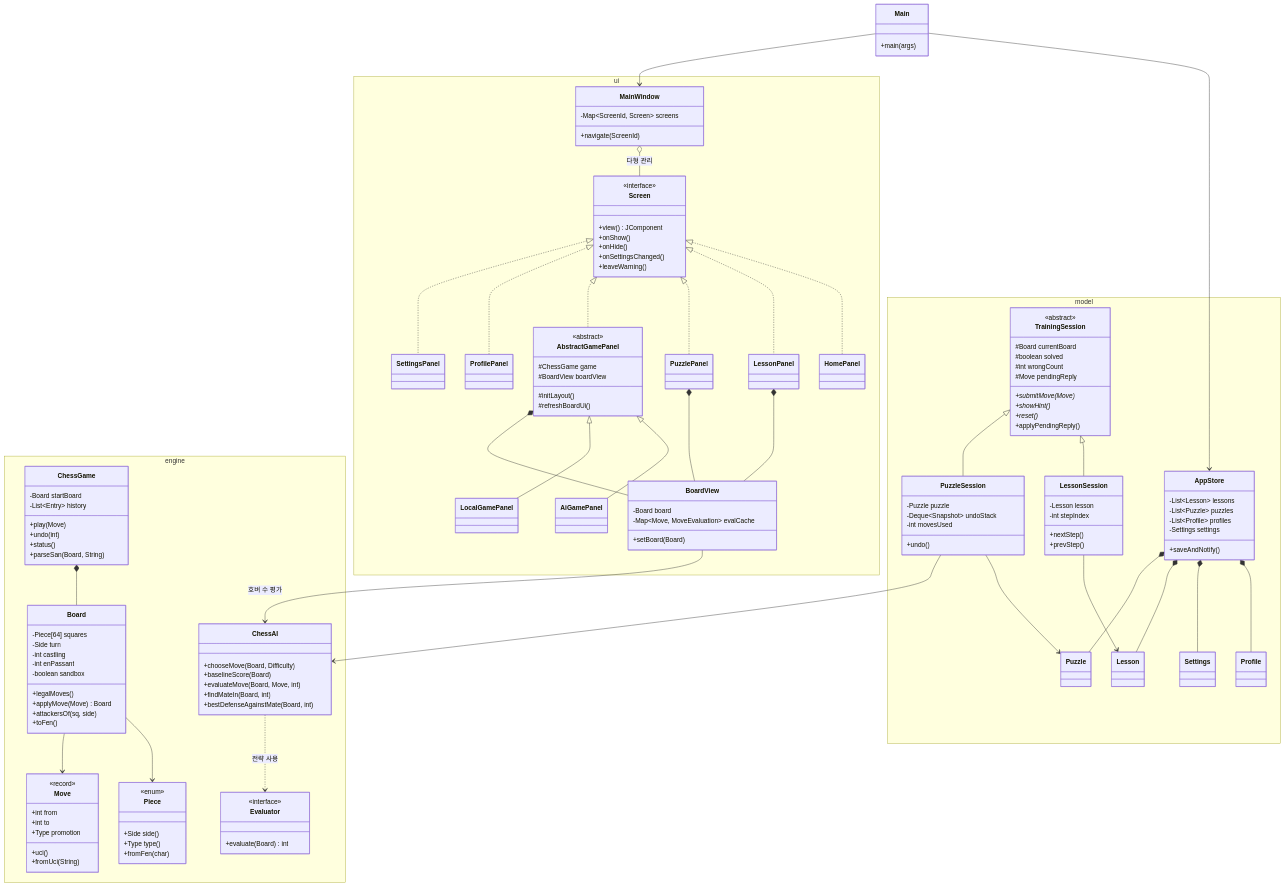
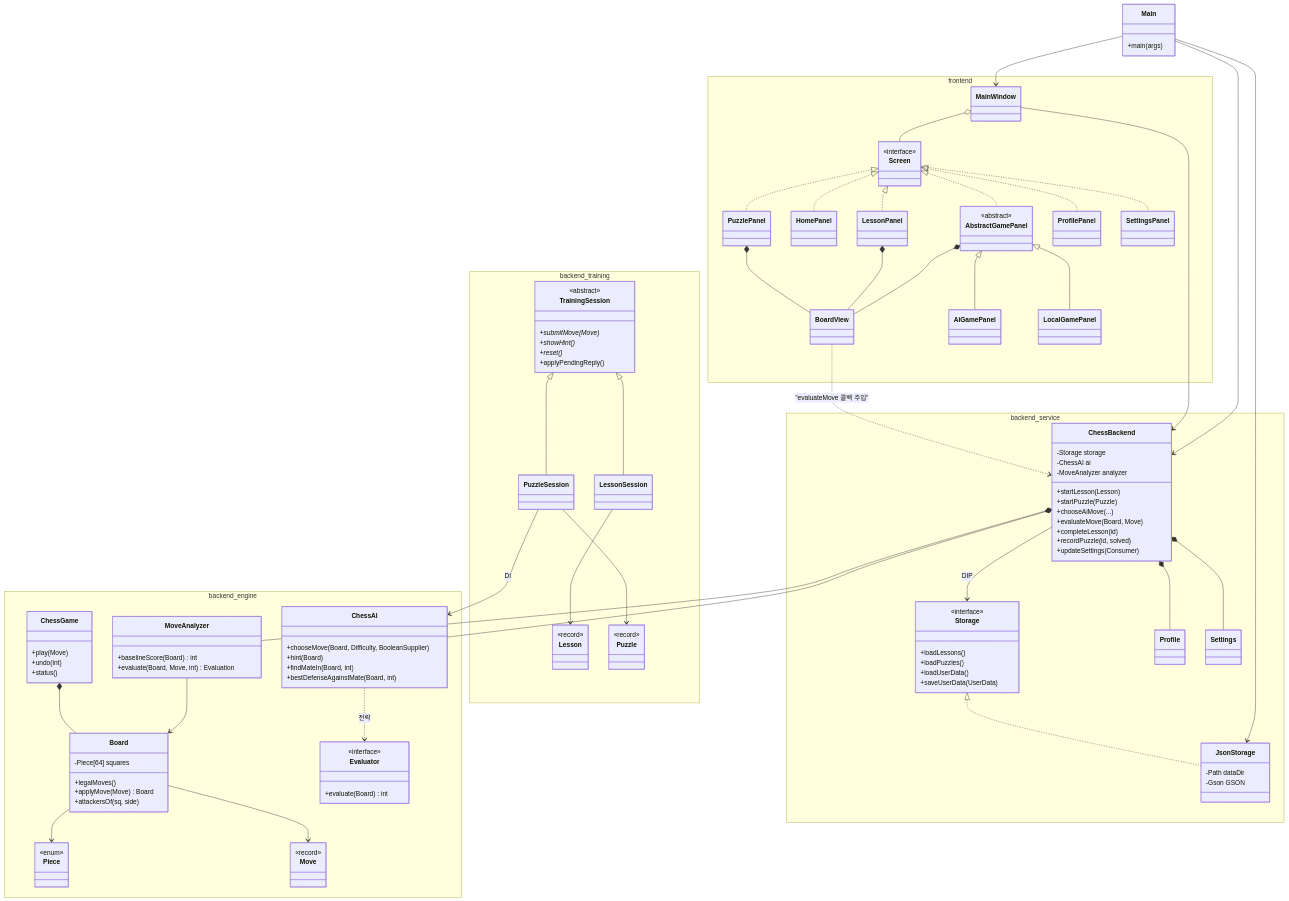
The first of 3 diagrams in docs/architecture.md (OOP-TeamA/chess-trainer), drawn with Mermaid before and after one commit. The commit also changed other lines of this file and 73 other files, not shown here.

First line of the commit message:
refactor: SOLID 원칙 적용, backend/frontend 엄격 분리, Gson JSON 직렬화 도입

````diff
--- a/docs/architecture.md
+++ b/docs/architecture.md
@@ -15,44 +33,23 @@
         +main(args)
     }
 
-    namespace engine {
-        class Piece {
-            <<enum>>
-            +Side side()
-            +Type type()
-            +fromFen(char)
-        }
-        class Move {
-            <<record>>
-            +int from
-            +int to
-            +Type promotion
-            +uci()
-            +fromUci(String)
-        }
+    namespace backend_engine {
+        class Piece { <<enum>> }
+        class Move { <<record>> }
         class Board {
             -Piece[64] squares
-            -Side turn
-            -int castling
-            -int enPassant
-            -boolean sandbox
             +legalMoves()
             +applyMove(Move) Board
             +attackersOf(sq, side)
-            +toFen()
         }
         class ChessGame {
-            -Board startBoard
-            -List~Entry~ history
             +play(Move)
             +undo(int)
             +status()
-            +parseSan(Board, String)
         }
         class ChessAI {
-            +chooseMove(Board, Difficulty)
-            +baselineScore(Board)
-            +evaluateMove(Board, Move, int)
+            +chooseMove(Board, Difficulty, BooleanSupplier)
+            +hint(Board)
             +findMateIn(Board, int)
             +bestDefenseAgainstMate(Board, int)
         }
@@ -60,70 +57,59 @@
             <<interface>>
             +evaluate(Board) int
         }
+        class MoveAnalyzer {
+            +baselineScore(Board) int
+            +evaluate(Board, Move, int) Evaluation
+        }
     }
 
-    namespace model {
-        class AppStore {
-            -List~Lesson~ lessons
-            -List~Puzzle~ puzzles
-            -List~Profile~ profiles
-            -Settings settings
-            +saveAndNotify()
-        }
+    namespace backend_training {
+        class Lesson { <<record>> }
+        class Puzzle { <<record>> }
         class TrainingSession {
             <<abstract>>
-            #Board currentBoard
-            #boolean solved
-            #int wrongCount
-            #Move pendingReply
             +submitMove(Move)*
             +showHint()*
             +reset()*
             +applyPendingReply()
         }
-        class LessonSession {
-            -Lesson lesson
-            -int stepIndex
-            +nextStep()
-            +prevStep()
+        class LessonSession
+        class PuzzleSession
+    }
+
+    namespace backend_service {
+        class Storage {
+            <<interface>>
+            +loadLessons()
+            +loadPuzzles()
+            +loadUserData()
+            +saveUserData(UserData)
         }
-        class PuzzleSession {
-            -Puzzle puzzle
-            -Deque~Snapshot~ undoStack
-            -int movesUsed
-            +undo()
+        class JsonStorage {
+            -Path dataDir
+            -Gson GSON
+        }
+        class ChessBackend {
+            -Storage storage
+            -ChessAI ai
+            -MoveAnalyzer analyzer
+            +startLesson(Lesson)
+            +startPuzzle(Puzzle)
+            +chooseAiMove(...)
+            +evaluateMove(Board, Move)
+            +completeLesson(id)
+            +recordPuzzle(id, solved)
+            +updateSettings(Consumer)
         }
         class Profile
         class Settings
-        class Lesson
-        class Puzzle
     }
 
-    namespace ui {
-        class Screen {
-            <<interface>>
-            +view() JComponent
-            +onShow()
-            +onHide()
-            +onSettingsChanged()
-            +leaveWarning()
-        }
-        class MainWindow {
-            -Map~ScreenId, Screen~ screens
-            +navigate(ScreenId)
-        }
-        class BoardView {
-            -Board board
-            -Map~Move, MoveEvaluation~ evalCache
-            +setBoard(Board)
-        }
-        class AbstractGamePanel {
-            <<abstract>>
-            #ChessGame game
-            #BoardView boardView
-            #initLayout()
-            #refreshBoardUi()
-        }
+    namespace frontend {
+        class Screen { <<interface>> }
+        class MainWindow
+        class BoardView
+        class AbstractGamePanel { <<abstract>> }
         class AiGamePanel
         class LocalGamePanel
         class HomePanel
@@ -133,9 +119,18 @@
         class SettingsPanel
     }
 
-    Main --> AppStore
+    Main --> JsonStorage
+    Main --> ChessBackend
     Main --> MainWindow
-    ChessAI ..> Evaluator : 전략 사용
+
+    Storage <|.. JsonStorage
+    ChessBackend --> Storage : DIP
+    ChessBackend *-- ChessAI
+    ChessBackend *-- MoveAnalyzer
+    ChessBackend *-- Profile
+    ChessBackend *-- Settings
+    ChessAI ..> Evaluator : 전략
+    MoveAnalyzer --> Board
     ChessGame *-- Board
     Board --> Piece
     Board --> Move
@@ -144,13 +139,9 @@
     TrainingSession <|-- PuzzleSession
     LessonSession --> Lesson
     PuzzleSession --> Puzzle
-    PuzzleSession --> ChessAI
-    AppStore *-- Profile
-    AppStore *-- Settings
-    AppStore *-- Lesson
-    AppStore *-- Puzzle
+    PuzzleSession --> ChessAI : DI
 
-    MainWindow o-- Screen : 다형 관리
+    MainWindow o-- Screen
     Screen <|.. HomePanel
     Screen <|.. LessonPanel
     Screen <|.. PuzzlePanel
@@ -162,5 +153,6 @@
     AbstractGamePanel *-- BoardView
     LessonPanel *-- BoardView
     PuzzlePanel *-- BoardView
-    BoardView --> ChessAI : 호버 수 평가
+    MainWindow --> ChessBackend
+    BoardView ..> ChessBackend : "evaluateMove 콜백 주입"
 ```
````
